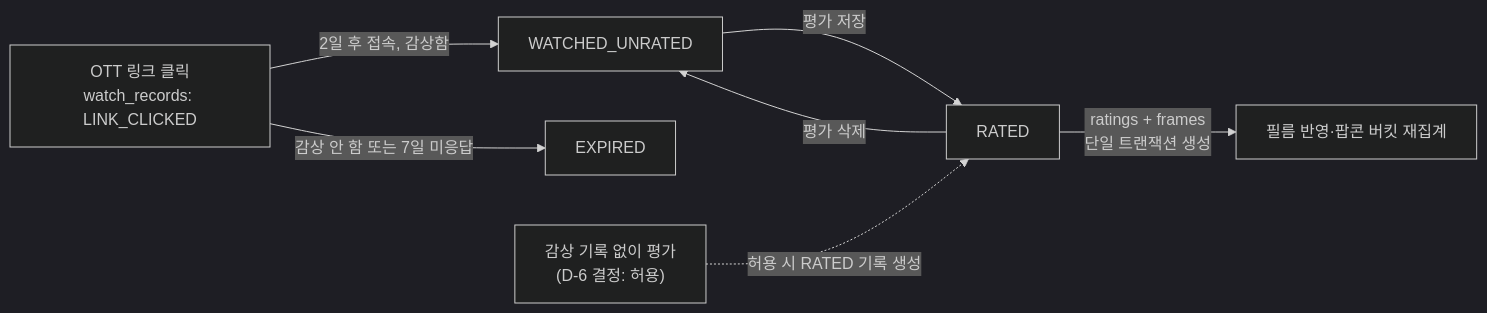
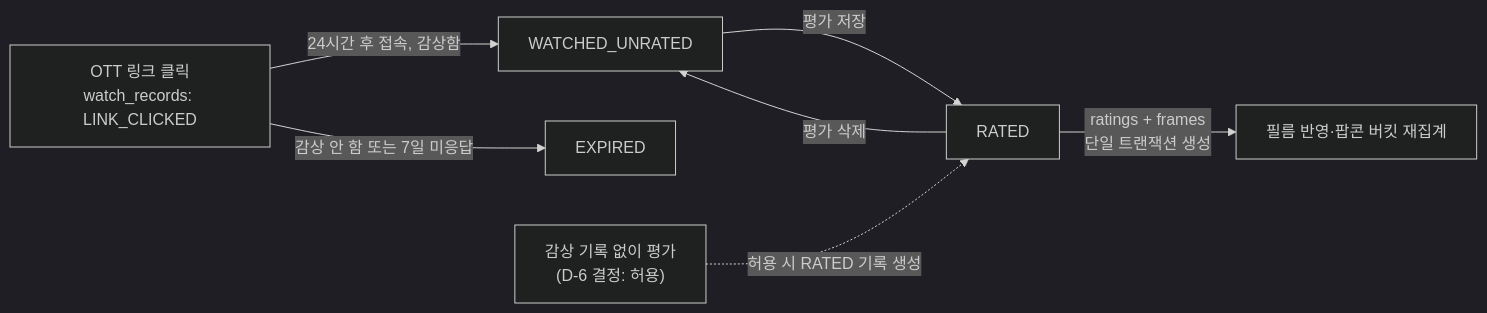
One commit to koongya-studio/feelm changed the eighth of 8 diagrams in docs/erd.md. Above: the diagram before and after it, drawn with Mermaid (dark theme). The commit also changed other lines of this file and 66 other files, not shown here.

````diff
--- a/docs/erd.md
+++ b/docs/erd.md
@@ -454,9 +490,9 @@
 ```mermaid
 flowchart LR
-    A["OTT 링크 클릭<br/>watch_records: LINK_CLICKED"] -->|2일 후 접속, 감상함| B["WATCHED_UNRATED"]
+    A["OTT 링크 클릭<br/>watch_records: LINK_CLICKED"] -->|24시간 후 접속, 감상함| B["WATCHED_UNRATED"]
     A -->|감상 안 함 또는 7일 미응답| X["EXPIRED"]
     B -->|평가 저장| C["RATED"]
     C -->|ratings + frames<br/>단일 트랜잭션 생성| D["필름 반영·팝콘 버킷 재집계"]
     C -->|평가 삭제| B
     S["감상 기록 없이 평가<br/>(D-6 결정: 허용)"] -.->|허용 시 RATED 기록 생성| C
 ```
````
